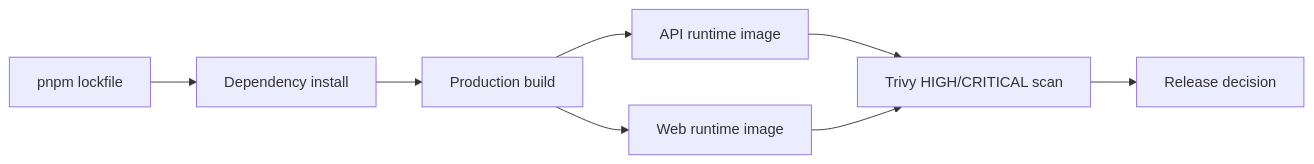
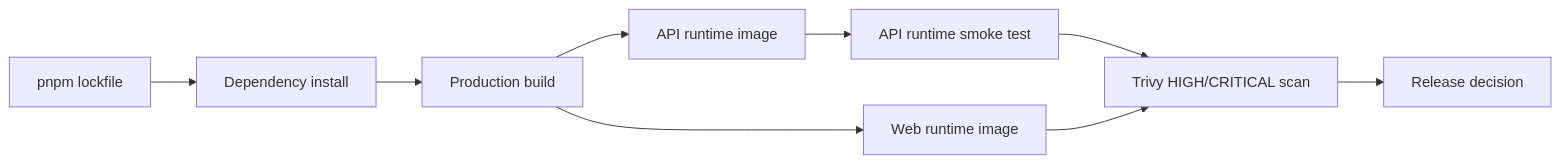
Before and after one commit to DriveToTech/ksiegowy-vibe: the third of 5 diagrams in docs/infrastructure.md, drawn with Mermaid. The commit also changed other lines of this file and 2 other files, not shown here.

Commit message:
ci: smoke test API production image

````diff
--- a/docs/infrastructure.md
+++ b/docs/infrastructure.md
@@ -248,10 +248,11 @@
 ```mermaid
 flowchart LR
   lockfile[pnpm lockfile] --> dependencies[Dependency install]
   dependencies --> build[Production build]
   build --> apiImage[API runtime image]
   build --> webImage[Web runtime image]
-  apiImage --> trivy[Trivy HIGH/CRITICAL scan]
+  apiImage --> runtimeSmoke[API runtime smoke test]
+  runtimeSmoke --> trivy[Trivy HIGH/CRITICAL scan]
   webImage --> trivy
   trivy --> release[Release decision]
 ```
````
